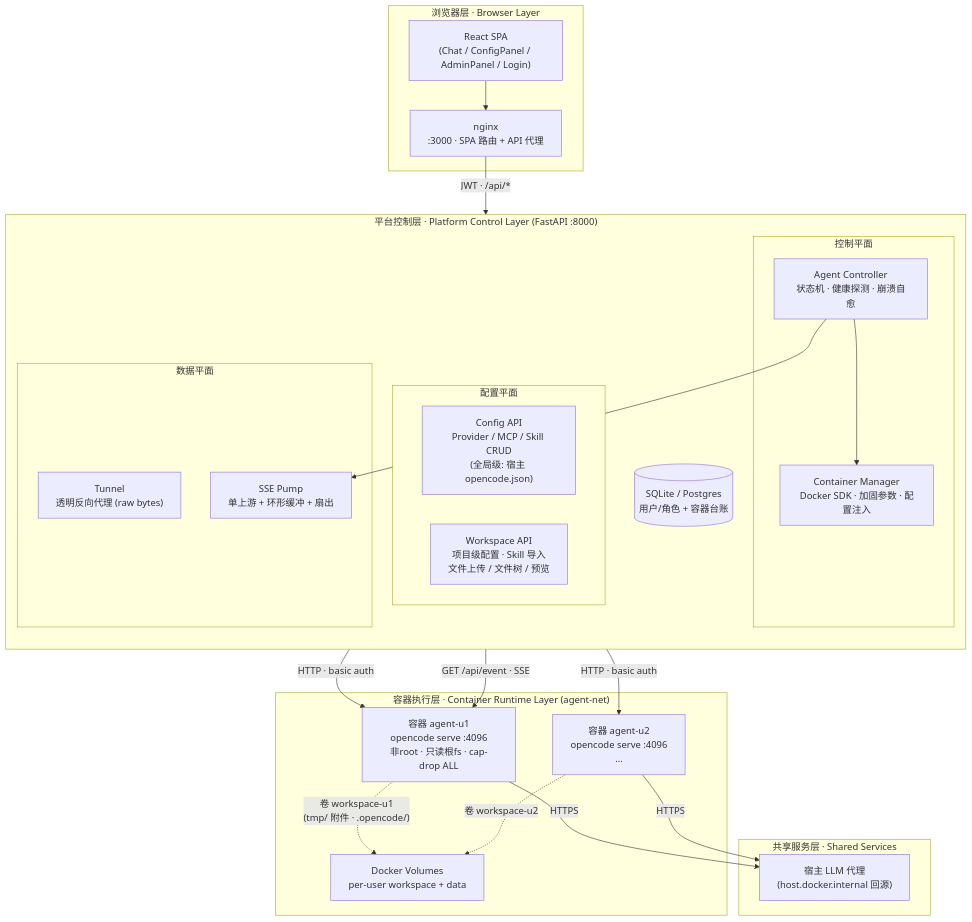
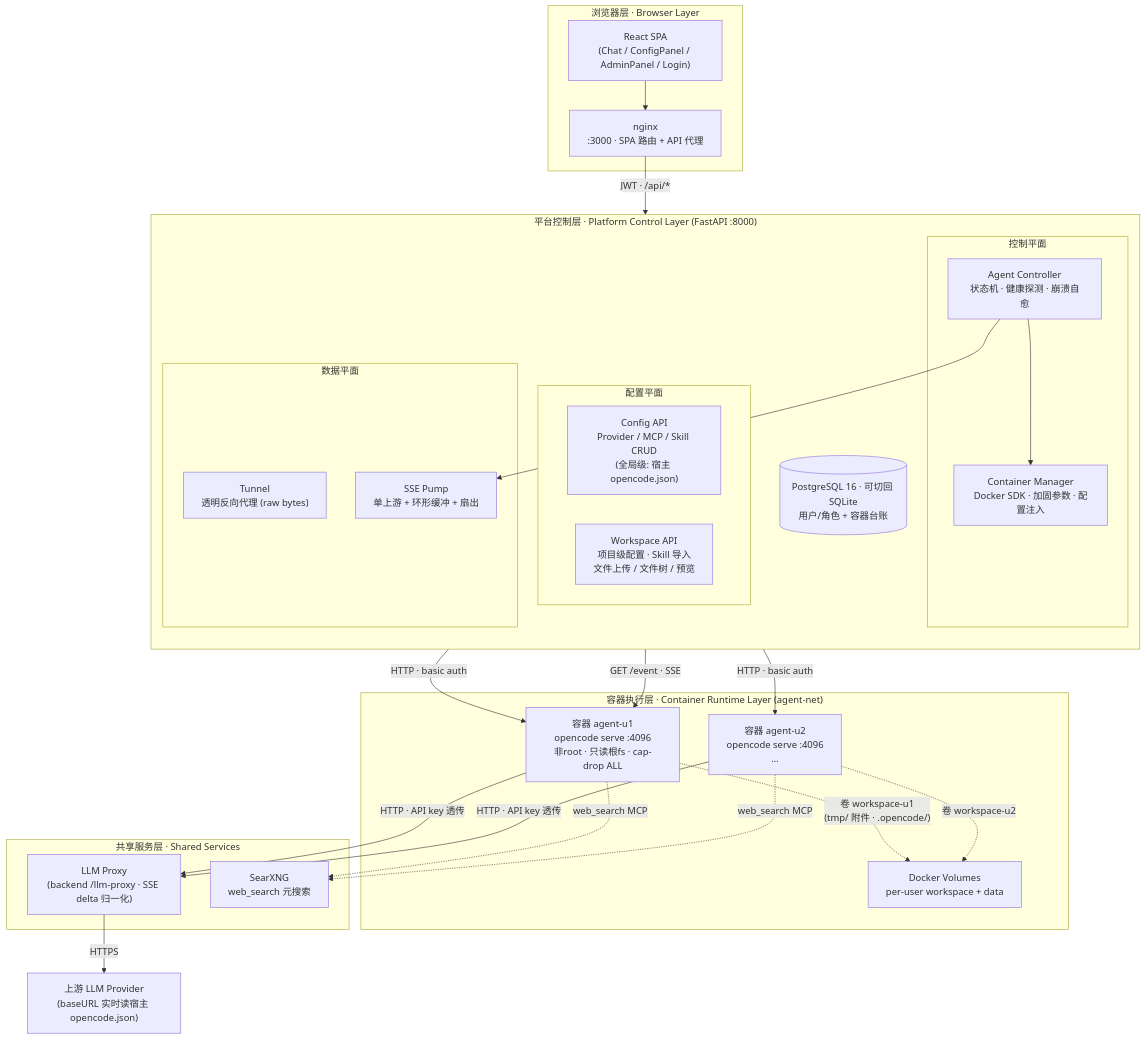
The first of 2 diagrams in README.md (Caeser-Zhang/agent-docker-platform), drawn with Mermaid before and after one commit. The commit also changed other lines of this file and 11 other files, not shown here.

````diff
--- a/README.md
+++ b/README.md
@@ -24,46 +24,52 @@
 ```mermaid
 flowchart TB
     subgraph Browser["浏览器层 · Browser Layer"]
         SPA["React SPA<br/>(Chat / ConfigPanel / AdminPanel / Login)"]
         NGINX["nginx<br/>:3000 · SPA 路由 + API 代理"]
         SPA --> NGINX
     end
 
     subgraph Platform["平台控制层 · Platform Control Layer (FastAPI :8000)"]
         direction TB
         subgraph Control["控制平面"]
             AC["Agent Controller<br/>状态机 · 健康探测 · 崩溃自愈"]
             CM["Container Manager<br/>Docker SDK · 加固参数 · 配置注入"]
         end
         subgraph ConfigPlane["配置平面"]
             CFG["Config API<br/>Provider / MCP / Skill CRUD<br/>(全局级: 宿主 opencode.json)"]
             WS["Workspace API<br/>项目级配置 · Skill 导入<br/>文件上传 / 文件树 / 预览"]
         end
         subgraph DataPlane["数据平面"]
             TUNNEL["Tunnel<br/>透明反向代理 (raw bytes)"]
             PUMP["SSE Pump<br/>单上游 + 环形缓冲 + 扇出"]
         end
-        DB[("SQLite / Postgres<br/>用户/角色 + 容器台账")]
+        DB[("PostgreSQL 16 · 可切回 SQLite<br/>用户/角色 + 容器台账")]
         AC --> CM
         AC --> PUMP
     end
 
     subgraph Runtime["容器执行层 · Container Runtime Layer (agent-net)"]
         C1["容器 agent-u1<br/>opencode serve :4096<br/>非root · 只读根fs · cap-drop ALL"]
         C2["容器 agent-u2<br/>opencode serve :4096<br/>…"]
         C1 -. "卷 workspace-u1<br/>(tmp/ 附件 · .opencode/)" .-> CN
         C2 -. "卷 workspace-u2" .-> CN
         CN["Docker Volumes<br/>per-user workspace + data"]
     end
 
     subgraph Shared["共享服务层 · Shared Services"]
-        LLM["宿主 LLM 代理<br/>(host.docker.internal 回源)"]
+        LP["LLM Proxy<br/>(backend /llm-proxy · SSE delta 归一化)"]
+        SXNG["SearXNG<br/>web_search 元搜索"]
     end
+
+    UP["上游 LLM Provider<br/>(baseURL 实时读宿主 opencode.json)"]
 
     NGINX -->|"JWT · /api/*"| Platform
     TUNNEL -->|HTTP · basic auth| C1
     TUNNEL -->|HTTP · basic auth| C2
-    PUMP -->|GET /api/event · SSE| C1
-    C1 -->|HTTPS| LLM
-    C2 -->|HTTPS| LLM
+    PUMP -->|GET /event · SSE| C1
+    C1 -->|HTTP · API key 透传| LP
+    C2 -->|HTTP · API key 透传| LP
+    LP -->|HTTPS| UP
+    C1 -.->|web_search MCP| SXNG
+    C2 -.->|web_search MCP| SXNG
 ```
````
